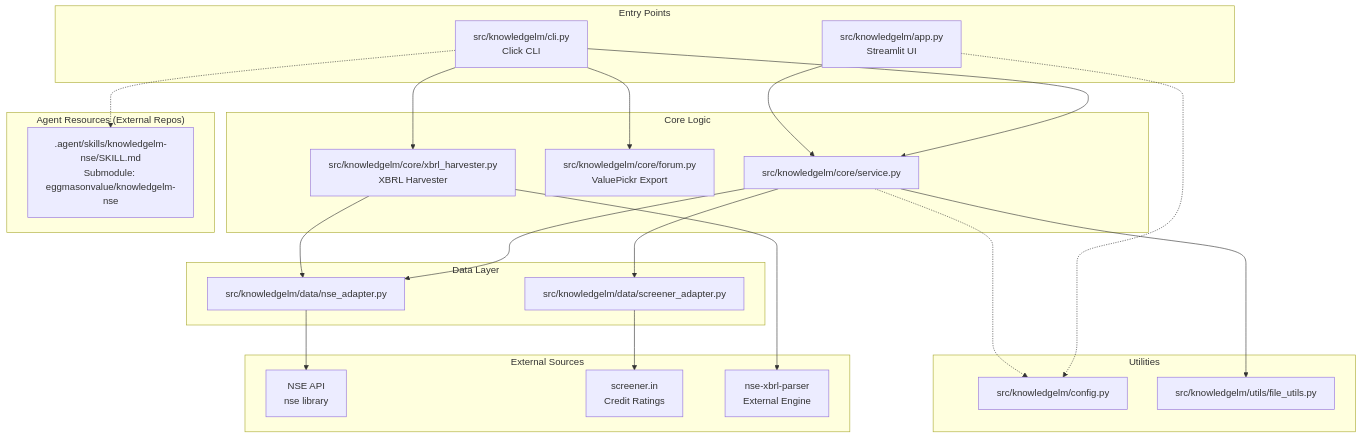
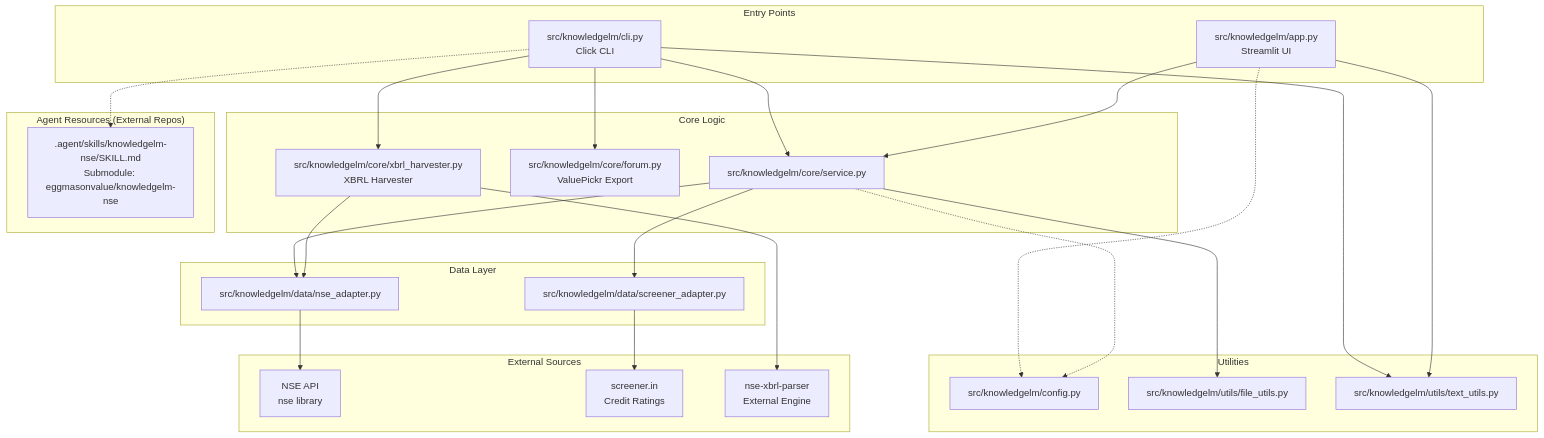
Before and after one commit to eggmasonvalue/KnowledgeLM: the first of 2 diagrams in .context/ARCHITECTURE.md, drawn with Mermaid. The commit also changed other lines of this file and 11 other files, not shown here.

````diff
--- a/.context/ARCHITECTURE.md
+++ b/.context/ARCHITECTURE.md
@@ -5,48 +5,53 @@
 ```mermaid
 graph TD
     subgraph Entry["Entry Points"]
         CLI[src/knowledgelm/cli.py<br/>Click CLI]
         APP[src/knowledgelm/app.py<br/>Streamlit UI]
     end
 
     subgraph Logic["Core Logic"]
         SRV[src/knowledgelm/core/service.py]
         FORUM[src/knowledgelm/core/forum.py<br/>ValuePickr Export]
         XBRL[src/knowledgelm/core/xbrl_harvester.py<br/>XBRL Harvester]
     end
 
     subgraph Data["Data Layer"]
         NSE_ADPT[src/knowledgelm/data/nse_adapter.py]
         SCR_ADPT[src/knowledgelm/data/screener_adapter.py]
     end
 
     subgraph Agent["Agent Resources (External Repos)"]
         SKILL[.agent/skills/knowledgelm-nse/SKILL.md<br/>Submodule: eggmasonvalue/knowledgelm-nse]
     end
 
     subgraph Utils["Utilities"]
         CONF[src/knowledgelm/config.py]
         F_UTIL[src/knowledgelm/utils/file_utils.py]
+        T_UTIL[src/knowledgelm/utils/text_utils.py]
     end
+
 
     subgraph External["External Sources"]
         NSE_LIB[NSE API<br/>nse library]
         SCR_WEB[screener.in<br/>Credit Ratings]
         NSE_XBRL_PARSER[nse-xbrl-parser<br/>External Engine]
     end
 
     CLI --> SRV
     CLI --> FORUM
     CLI --> XBRL
     APP --> SRV
     SRV --> NSE_ADPT
     SRV --> SCR_ADPT
     SRV --> F_UTIL
     XBRL --> NSE_ADPT
     NSE_ADPT --> NSE_LIB
     XBRL --> NSE_XBRL_PARSER
     SCR_ADPT --> SCR_WEB
     CLI .-> SKILL
     APP ..-> CONF
     SRV ..-> CONF
+    CLI --> T_UTIL
+    APP --> T_UTIL
+
 ```
````
